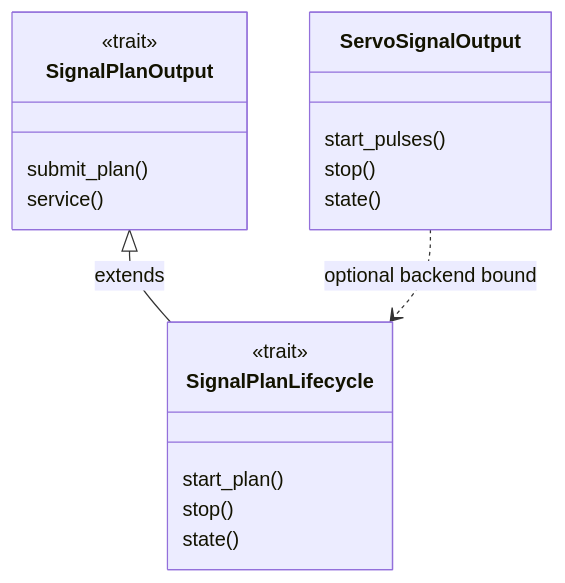
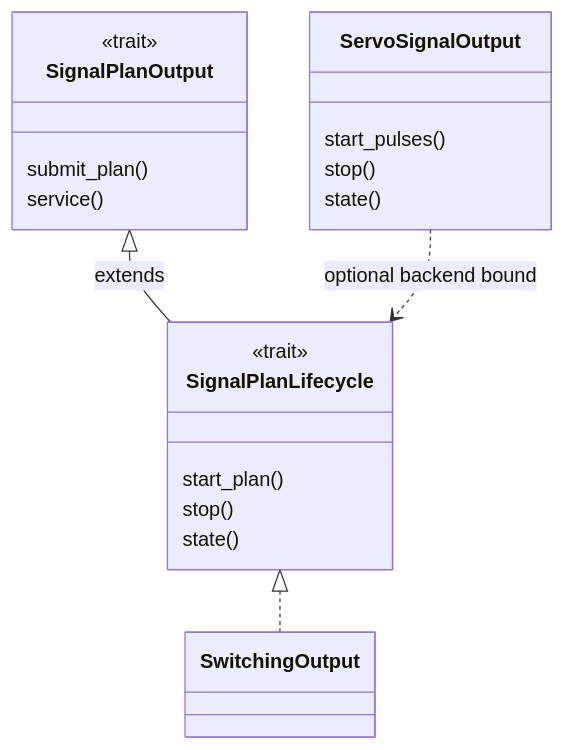
The sixth of 6 diagrams in docs/architecture/interfaces.md (ebe542/hexaroam), drawn with Mermaid before and after one commit. The commit also changed other lines of this file and 9 other files, not shown here.

Commit message:
Start signal output after regular stop

````diff
--- a/docs/architecture/interfaces.md
+++ b/docs/architecture/interfaces.md
@@ -152,21 +152,23 @@
 ```mermaid
 classDiagram
     class SignalPlanOutput {
         <<trait>>
         submit_plan()
         service()
     }
     class SignalPlanLifecycle {
         <<trait>>
         start_plan()
         stop()
         state()
     }
     class ServoSignalOutput {
         start_pulses()
         stop()
         state()
     }
+    class SwitchingOutput
     SignalPlanOutput <|-- SignalPlanLifecycle : extends
+    SignalPlanLifecycle <|.. SwitchingOutput
     ServoSignalOutput ..> SignalPlanLifecycle : optional backend bound
 ```
````
